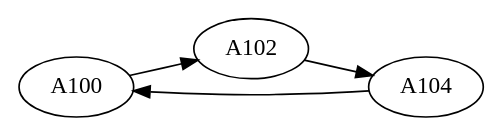
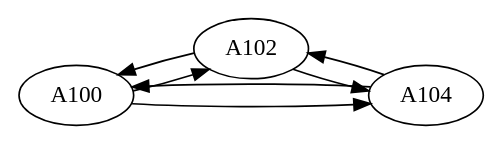
The diagram in cmake-build-debug/grafica_LC_Disponible.dot (Samashoas/202109705_EDD_Practica), drawn with Graphviz before and after one commit. The commit also changed 14 other files, not shown here.

```diff
--- a/cmake-build-debug/grafica_LC_Disponible.dot
+++ b/cmake-build-debug/grafica_LC_Disponible.dot
@@ -1,2 +1,11 @@
-digraph G { rankdir = LR; 
-A100 -> A102 -> A104 -> A100; }
+digraph G { rankdir=LR; node [shape=oval];
+node0 [label="A100"];
+node1 [label="A102"];
+node2 [label="A104"];
+node0 -> node1;
+node1 -> node0;
+node1 -> node2;
+node2 -> node1;
+node2 -> node0;
+node0 -> node2;
+ }
```
